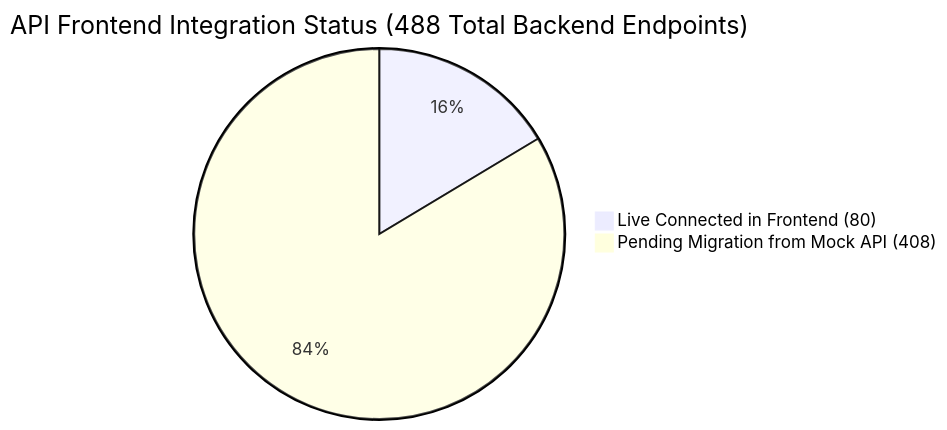
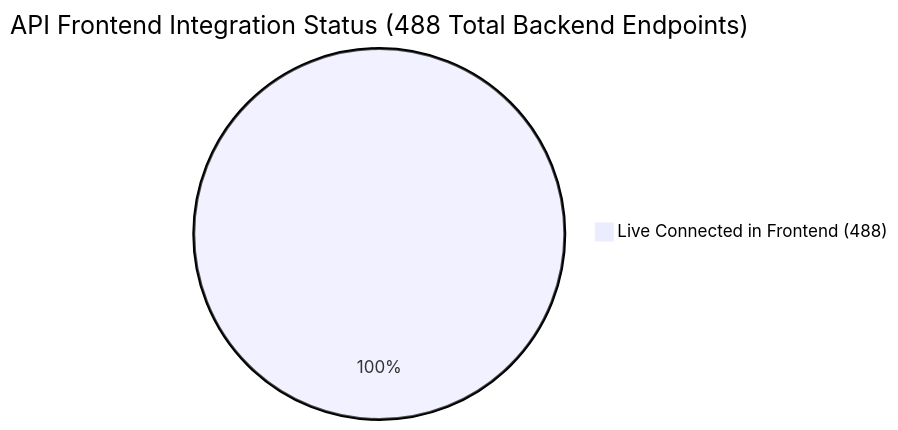
Before and after one commit to ISP-Pay-BD/isp-web-frontend: the diagram in docs/API-INTEGRATION-TRACKER.md, drawn with Mermaid. The commit also changed other lines of this file and 39 other files, not shown here.

````diff
--- a/docs/API-INTEGRATION-TRACKER.md
+++ b/docs/API-INTEGRATION-TRACKER.md
@@ -9,5 +9,4 @@
 ```mermaid
 pie title API Frontend Integration Status (488 Total Backend Endpoints)
-    "Live Connected in Frontend (80)" : 80
-    "Pending Migration from Mock API (408)" : 408
+    "Live Connected in Frontend (488)" : 488
 ```
````
